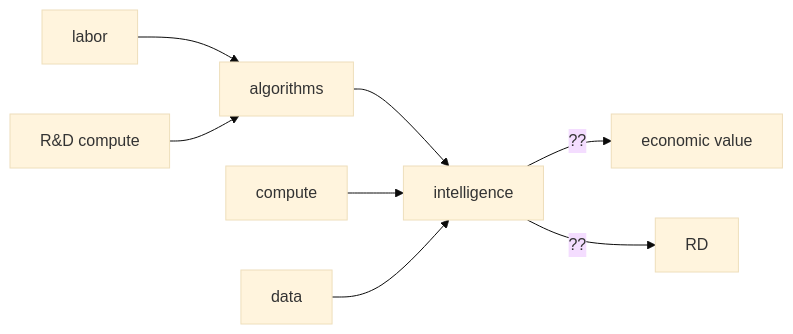
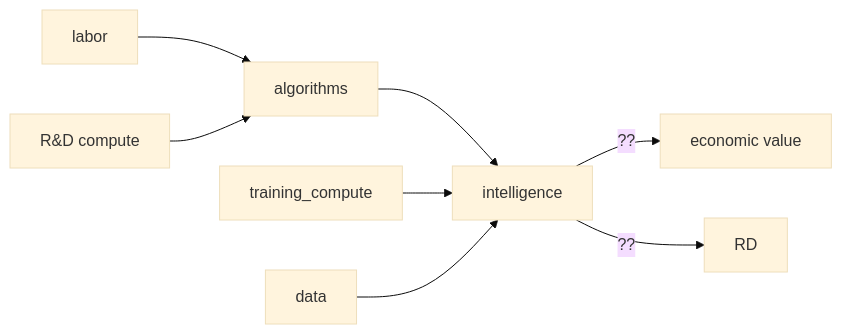
Before and after one commit to tecunningham/tecunningham.github.io: the third of 3 diagrams in posts/2025-09-13-recursive-self-improvement-explosion.qmd, drawn with Mermaid (base theme). The commit also changed other lines of this file and 16 other files, not shown here.

````diff
--- a/posts/2025-09-13-recursive-self-improvement-explosion.qmd
+++ b/posts/2025-09-13-recursive-self-improvement-explosion.qmd
@@ -364,10 +364,10 @@
-```{mermaid}
+```mermaid
 flowchart LR
   labor --> algorithms
   RD_compute["R&D compute"] --> algorithms
   algorithms --> intelligence
-  compute --> intelligence
+  training_compute --> intelligence
   data --> intelligence
   intelligence -->|??| economic_value["economic value"]
   intelligence -->|??| RD
 ```
````
